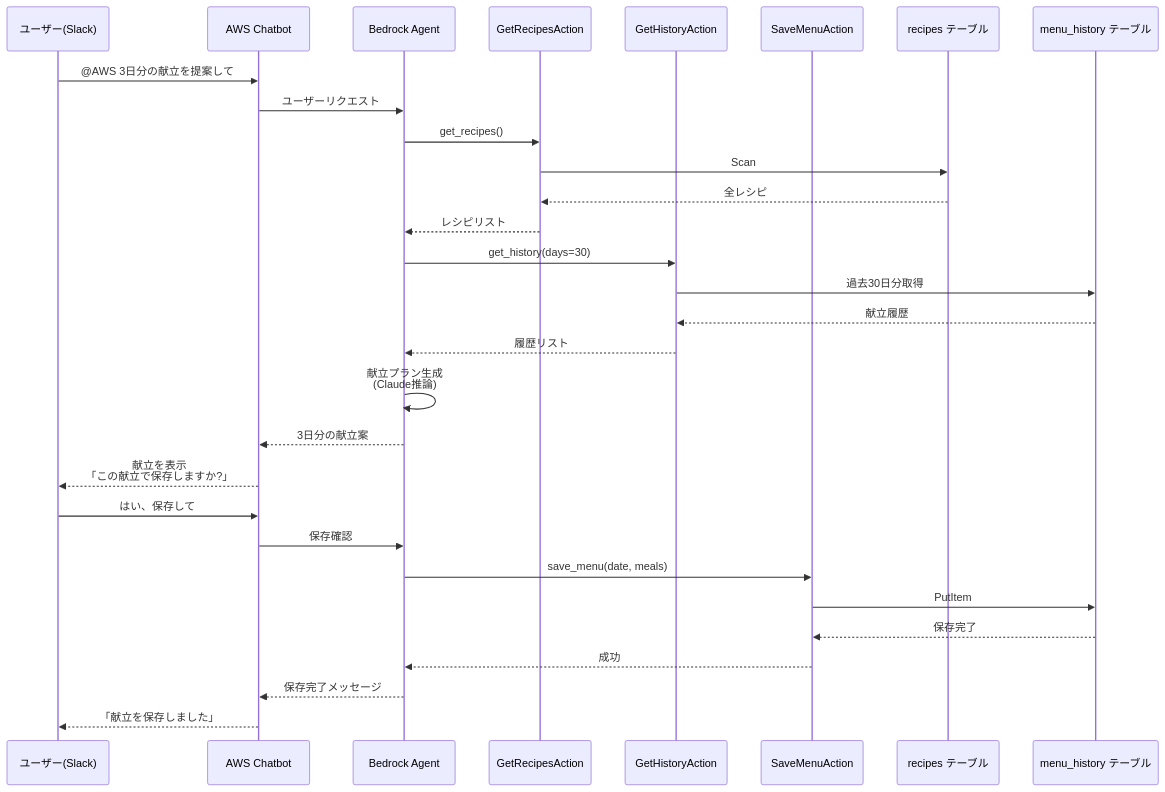
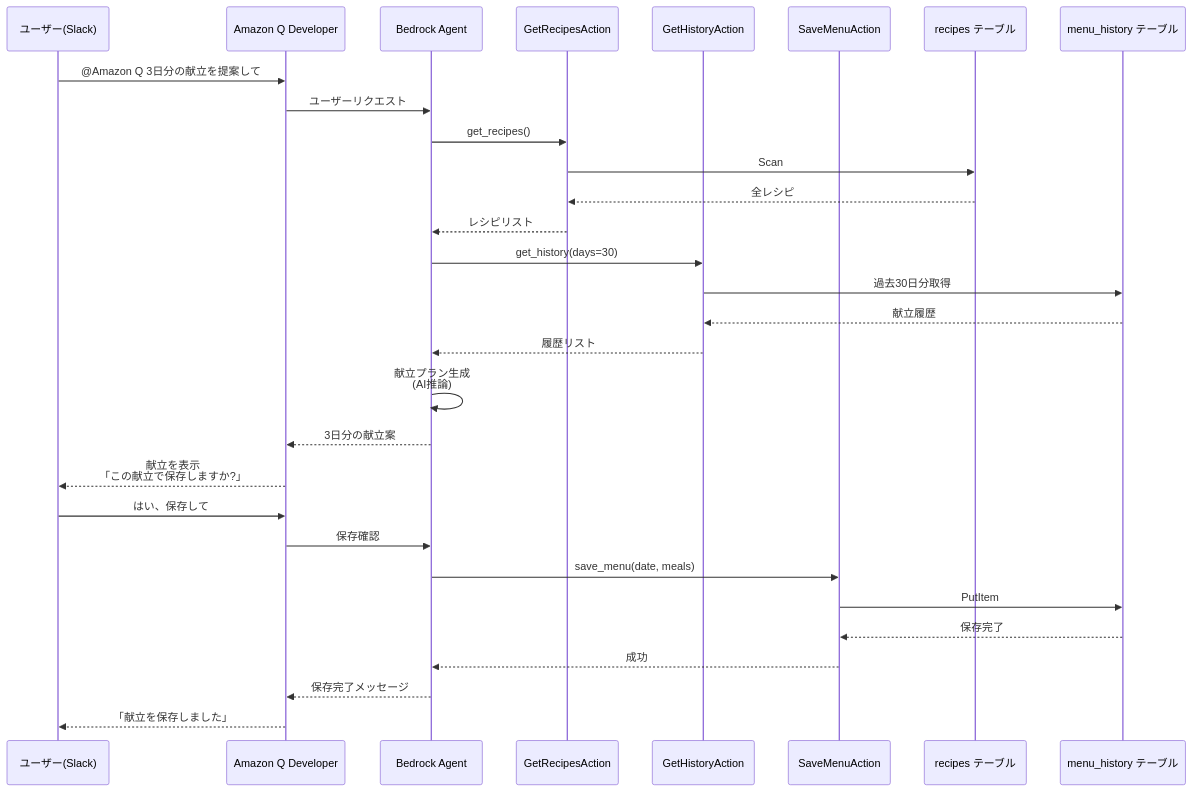
The second of 2 diagrams in README.md (takuya29/kondate-planner), drawn with Mermaid before and after one commit. The commit also changed other lines of this file and 2 other files, not shown here.

````diff
--- a/README.md
+++ b/README.md
@@ -65,39 +59,39 @@
 ```mermaid
 sequenceDiagram
     participant User as ユーザー(Slack)
-    participant Chatbot as AWS Chatbot
+    participant Chatbot as Amazon Q Developer
     participant Agent as Bedrock Agent
     participant GetRecipes as GetRecipesAction
     participant GetHistory as GetHistoryAction
     participant SaveMenu as SaveMenuAction
     participant RecipesDB as recipes テーブル
     participant HistoryDB as menu_history テーブル
 
-    User->>Chatbot: @AWS 3日分の献立を提案して
+    User->>Chatbot: @Amazon Q 3日分の献立を提案して
     Chatbot->>Agent: ユーザーリクエスト
 
     Agent->>GetRecipes: get_recipes()
     GetRecipes->>RecipesDB: Scan
     RecipesDB-->>GetRecipes: 全レシピ
     GetRecipes-->>Agent: レシピリスト
 
     Agent->>GetHistory: get_history(days=30)
     GetHistory->>HistoryDB: 過去30日分取得
     HistoryDB-->>GetHistory: 献立履歴
     GetHistory-->>Agent: 履歴リスト
 
-    Agent->>Agent: 献立プラン生成<br/>(Claude推論)
+    Agent->>Agent: 献立プラン生成<br/>(AI推論)
     Agent-->>Chatbot: 3日分の献立案
     Chatbot-->>User: 献立を表示<br/>「この献立で保存しますか?」
 
     User->>Chatbot: はい、保存して
     Chatbot->>Agent: 保存確認
 
     Agent->>SaveMenu: save_menu(date, meals)
     SaveMenu->>HistoryDB: PutItem
     HistoryDB-->>SaveMenu: 保存完了
     SaveMenu-->>Agent: 成功
 
     Agent-->>Chatbot: 保存完了メッセージ
     Chatbot-->>User: 「献立を保存しました」
 ```
````
